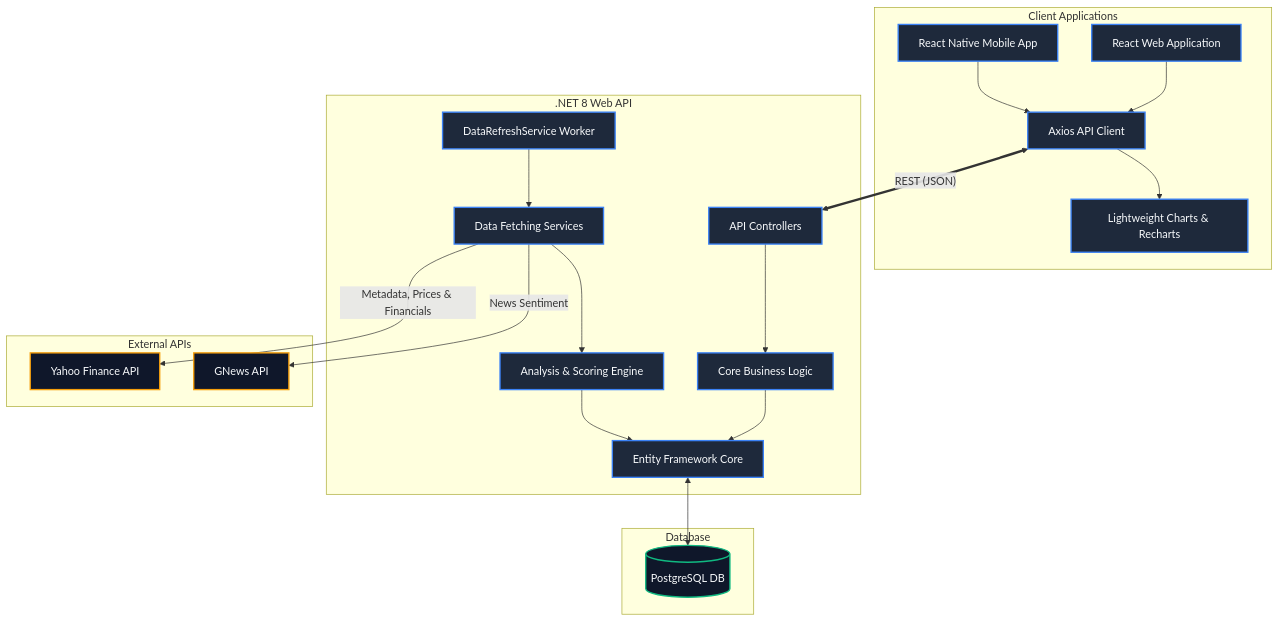
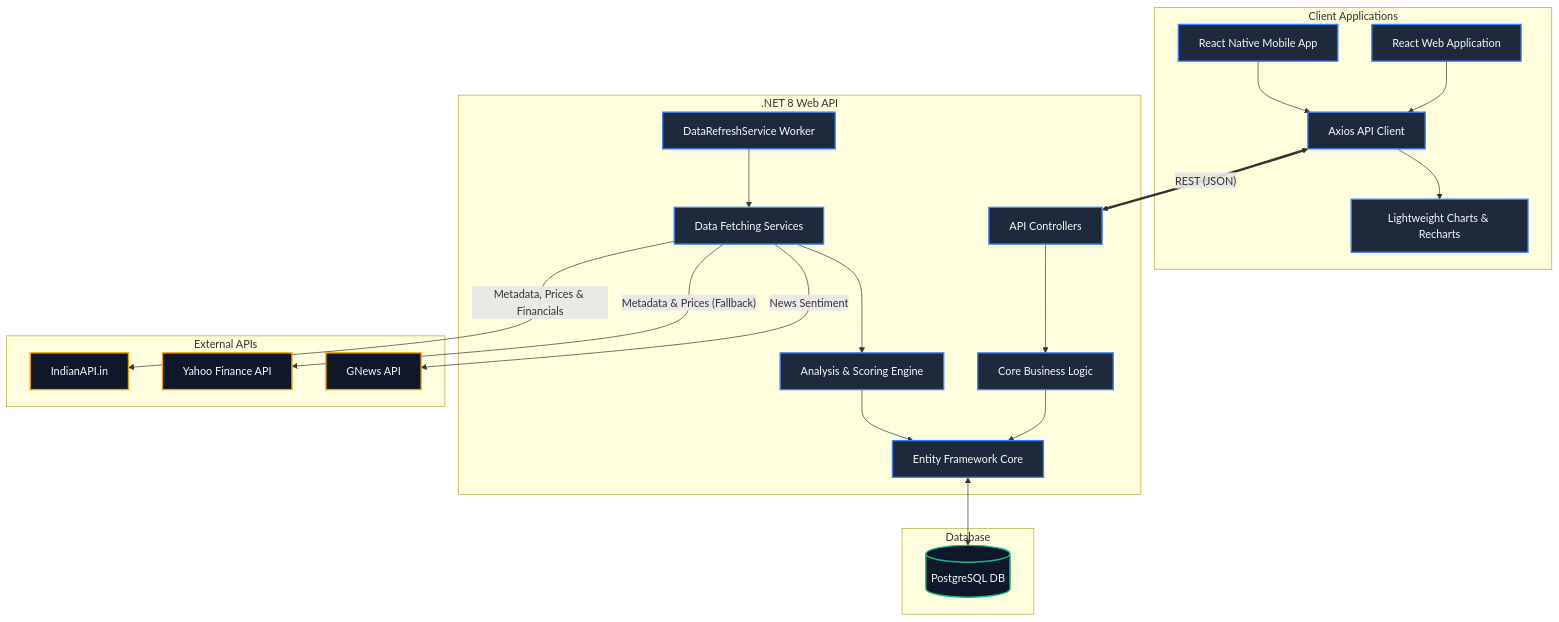
Before and after one commit to kausaur/stockfinder: the diagram in docs/architecture.md, drawn with Mermaid. The commit also changed other lines of this file and 38 other files, not shown here.

Commit message:
Integrate IndianAPI and fix code review issues

````diff
--- a/docs/architecture.md
+++ b/docs/architecture.md
@@ -7,35 +7,36 @@
 ```mermaid
 graph TD
     subgraph Frontend [Client Applications]
         UI[React Web Application] --> API_Client[Axios API Client]
         API_Client --> Charts[Lightweight Charts & Recharts]
         Mobile[React Native Mobile App] --> API_Client
     end
 
     subgraph Backend [.NET 8 Web API]
         Controllers[API Controllers] --> Core_Services[Core Business Logic]
         Core_Services --> EF_Core[Entity Framework Core]
         
         BackgroundWorker[DataRefreshService Worker] --> Data_Services[Data Fetching Services]
         Data_Services --> Analysis_Engine[Analysis & Scoring Engine]
         Analysis_Engine --> EF_Core
     end
 
     subgraph External APIs
-        Data_Services -- "Metadata, Prices & Financials" --> YahooFinance[Yahoo Finance API]
+        Data_Services -- "Metadata, Prices & Financials" --> IndianAPI[IndianAPI.in]
+        Data_Services -- "Metadata & Prices (Fallback)" --> YahooFinance[Yahoo Finance API]
         Data_Services -- "News Sentiment" --> GNews[GNews API]
     end
 
     subgraph Database
         EF_Core <--> PostgreSQL[(PostgreSQL DB)]
     end
 
     API_Client <== "REST (JSON)" ==> Controllers
     
     classDef default fill:#1e293b,stroke:#3b82f6,stroke-width:2px,color:#f8fafc;
     classDef external fill:#0f172a,stroke:#f59e0b,stroke-width:2px,color:#f8fafc;
     classDef database fill:#0f172a,stroke:#10b981,stroke-width:2px,color:#f8fafc;
     
-    class YahooFinance,GNews external;
+    class IndianAPI,YahooFinance,GNews external;
     class PostgreSQL database;
 ```
````
